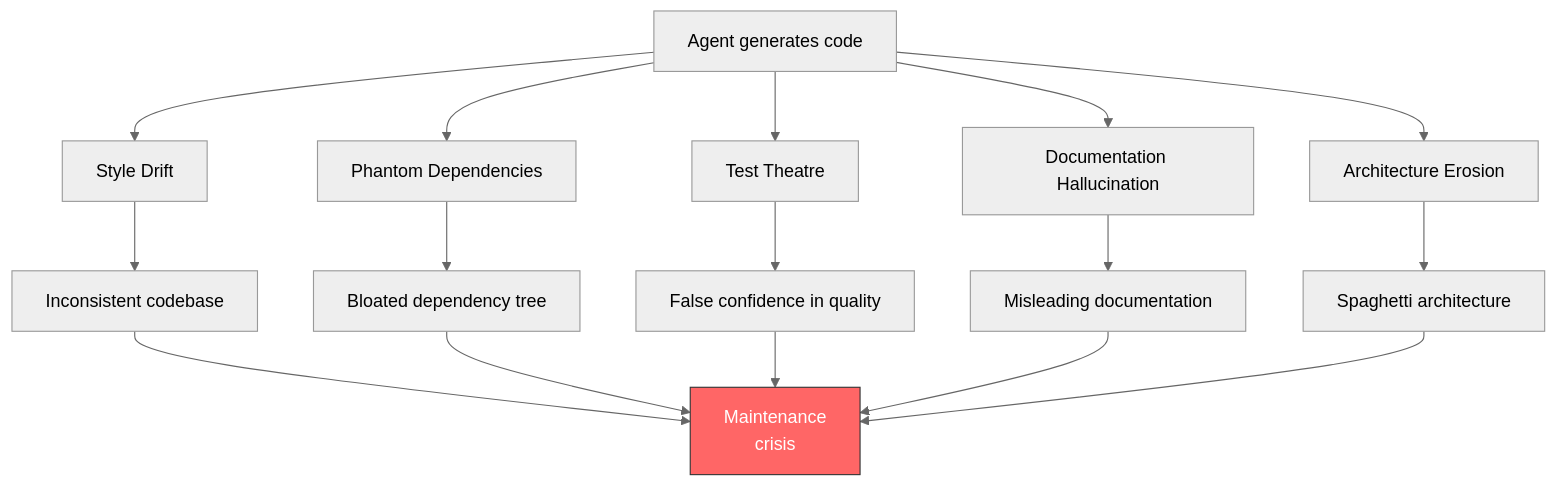
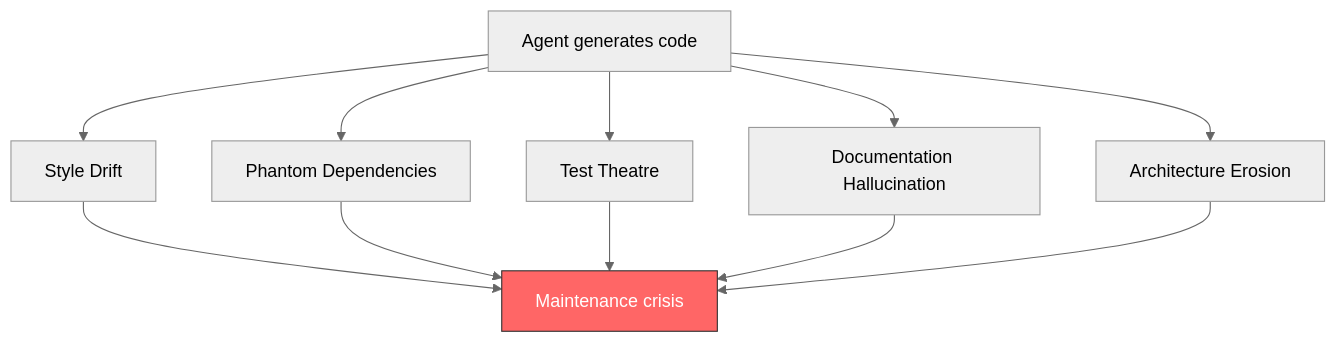
Before and after one commit to RichardScottOZ/Acceleralpho-Evolution-of-Coding-Agents-and-Agentic-Harnesses: the second of 3 diagrams in docs/part5/9.3 The Psychopathology of AI-Driven Technical Debt.md, drawn with Mermaid (neutral theme). The commit also changed other lines of this file, not shown here.

````diff
--- a/docs/part5/9.3 The Psychopathology of AI-Driven Technical Debt.md
+++ b/docs/part5/9.3 The Psychopathology of AI-Driven Technical Debt.md
@@ -178,19 +133,14 @@
 ```mermaid
 graph TD
     A["Agent generates code"] --> B["Style Drift"]
     A --> C["Phantom Dependencies"]
     A --> D["Test Theatre"]
     A --> E["Documentation Hallucination"]
     A --> F["Architecture Erosion"]
-    B --> G["Inconsistent codebase"]
-    C --> H["Bloated dependency tree"]
-    D --> I["False confidence in quality"]
-    E --> J["Misleading documentation"]
-    F --> K["Spaghetti architecture"]
-    G --> L["Maintenance<br/>crisis"]
-    H --> L
-    I --> L
-    J --> L
-    K --> L
-    style L fill:#f66,stroke:#333,color:#fff
+    B --> G["Maintenance crisis"]
+    C --> G
+    D --> G
+    E --> G
+    F --> G
+    style G fill:#f66,stroke:#333,color:#fff
 ```
````
